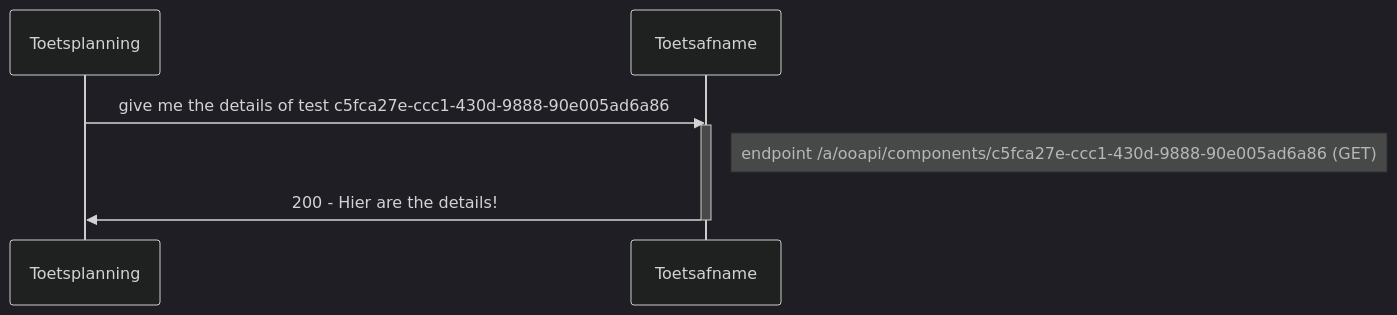
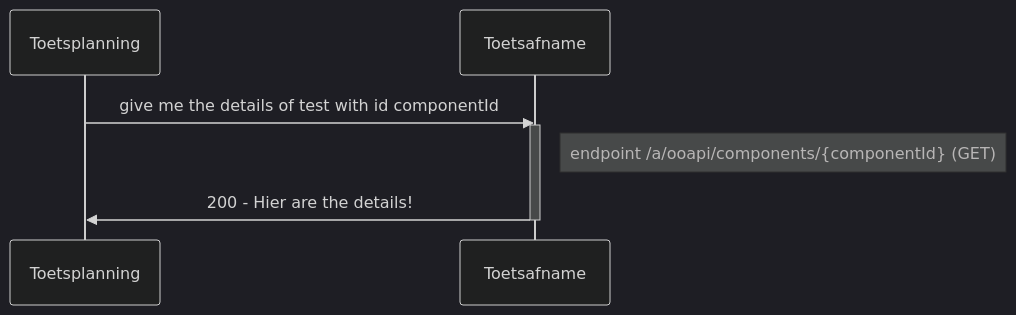
One commit to NetwerkExamineringDigitalisering/NED-OOAPI changed the second of 2 diagrams in doc/flow0.md. Above: the diagram before and after it, drawn with Mermaid (dark theme). The commit also changed other lines of this file, not shown here.

First line of the commit message:
Update flow0.md

````diff
--- a/doc/flow0.md
+++ b/doc/flow0.md
@@ -92,8 +93,8 @@
 ```mermaid
 sequenceDiagram
-    Toetsplanning->>Toetsafname: give me the details of test c5fca27e-ccc1-430d-9888-90e005ad6a86
+    Toetsplanning->>Toetsafname: give me the details of test with id componentId
     activate Toetsafname
-    Note right of Toetsafname: endpoint /a/ooapi/components/c5fca27e-ccc1-430d-9888-90e005ad6a86 (GET)
+    Note right of Toetsafname: endpoint /a/ooapi/components/{componentId} (GET)
     Toetsafname->>Toetsplanning: 200 - Hier are the details!
     deactivate Toetsafname
 ```
````
